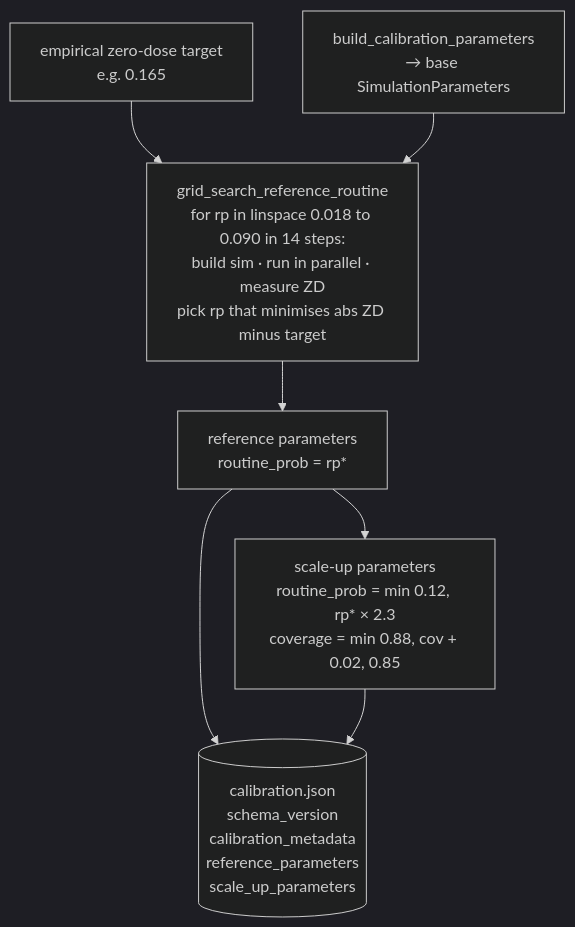
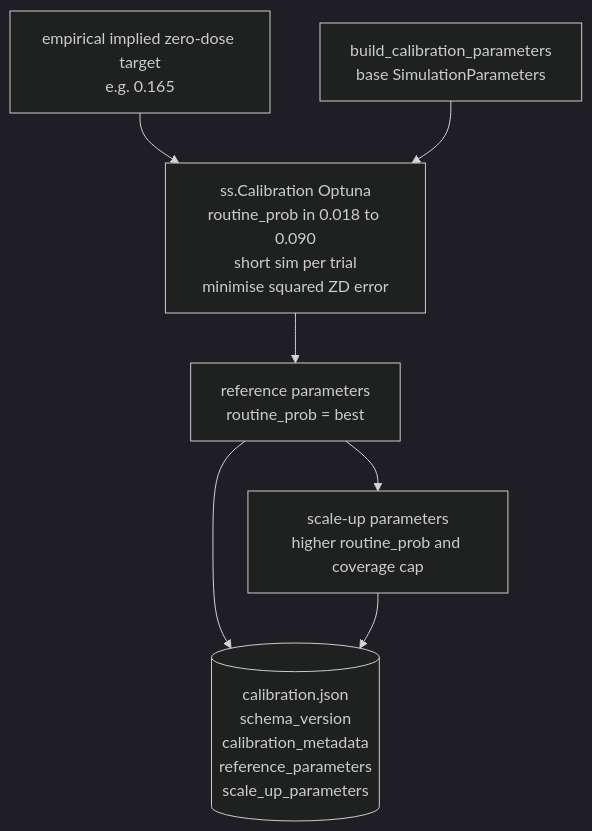
Before and after one commit to starsimhub/zdsim: the third of 12 diagrams in docs/ARCHITECTURE.md, drawn with Mermaid (dark theme). The commit also changed other lines of this file and 16 other files, not shown here.

````diff
--- a/docs/ARCHITECTURE.md
+++ b/docs/ARCHITECTURE.md
@@ -113,19 +113,19 @@
 ```mermaid
 flowchart TD
-    EMP["empirical zero-dose target<br/>e.g. 0.165"]
-    BASE["build_calibration_parameters<br/>→ base SimulationParameters"]
+    EMP["empirical implied zero-dose target<br/>e.g. 0.165"]
+    BASE["build_calibration_parameters<br/>base SimulationParameters"]
 
-    GRID["grid_search_reference_routine<br/>for rp in linspace 0.018 to 0.090 in 14 steps:<br/>build sim · run in parallel · measure ZD<br/>pick rp that minimises abs ZD minus target"]
+    OPTUNA["ss.Calibration Optuna<br/>routine_prob in 0.018 to 0.090<br/>short sim per trial<br/>minimise squared ZD error"]
 
-    REF["reference parameters<br/>routine_prob = rp*"]
-    INT["scale-up parameters<br/>routine_prob = min 0.12, rp* × 2.3<br/>coverage = min 0.88, cov + 0.02, 0.85"]
+    REF["reference parameters<br/>routine_prob = best"]
+    INT["scale-up parameters<br/>higher routine_prob and coverage cap"]
 
     OUT_JSON[("calibration.json<br/>schema_version<br/>calibration_metadata<br/>reference_parameters<br/>scale_up_parameters")]
 
-    EMP --> GRID
-    BASE --> GRID
-    GRID --> REF
+    EMP --> OPTUNA
+    BASE --> OPTUNA
+    OPTUNA --> REF
     REF --> INT
     REF --> OUT_JSON
     INT --> OUT_JSON
 ```
````
